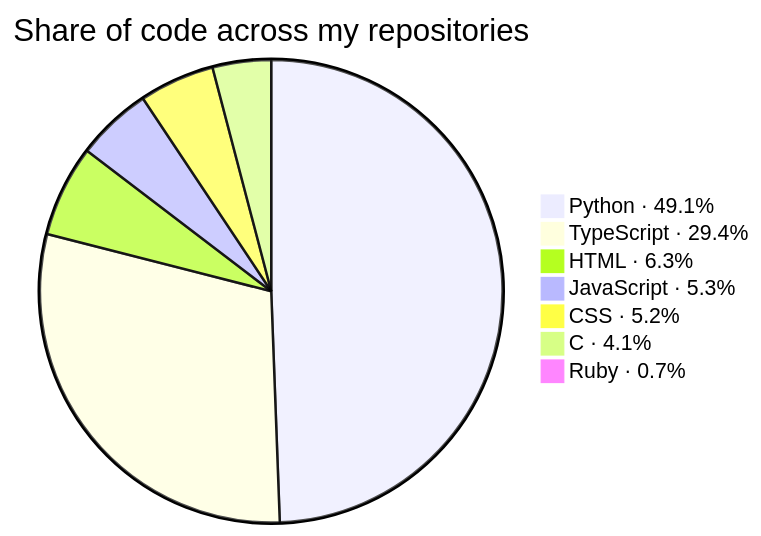
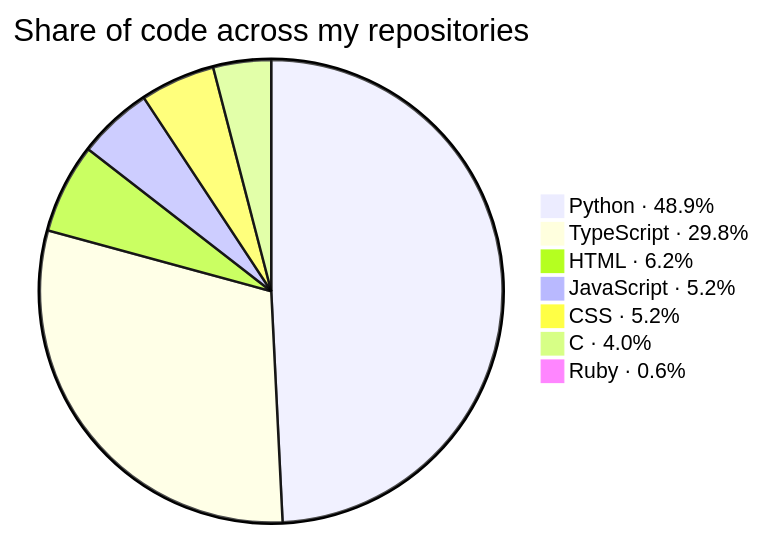
Before and after one commit to KathFK1234/KathFK1234: the second of 3 diagrams in README.md, drawn with Mermaid. The commit also changed 2 other files, not shown here.

Commit message:
Update languages, tools, activity and the mood command

````diff
--- a/README.md
+++ b/README.md
@@ -109,11 +109,11 @@
 ```mermaid
 %%{init: {"themeVariables": {"pieSectionTextSize": "0px"}}}%%
 pie title Share of code across my repositories
-    "Python · 49.1%" : 758.1
-    "TypeScript · 29.4%" : 453.7
-    "HTML · 6.3%" : 98.0
-    "JavaScript · 5.3%" : 81.1
-    "CSS · 5.2%" : 80.7
-    "C · 4.1%" : 62.7
-    "Ruby · 0.7%" : 10.1
+    "Python · 48.9%" : 763.0
+    "TypeScript · 29.8%" : 465.4
+    "HTML · 6.2%" : 97.2
+    "JavaScript · 5.2%" : 81.0
+    "CSS · 5.2%" : 81.0
+    "C · 4.0%" : 62.7
+    "Ruby · 0.6%" : 10.1
 ```
````
